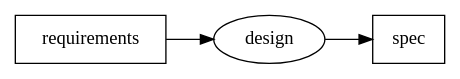
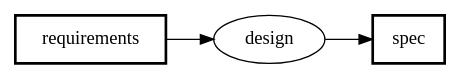
One commit to takasek/pfdsl changed the first of 9 diagrams in docs/samples/README.md. Above: the diagram before and after it, drawn with Graphviz. The commit also changed other lines of this file and 20 other files, not shown here.

````diff
--- a/docs/samples/README.md
+++ b/docs/samples/README.md
@@ -18,13 +18,13 @@
 ```dot
 digraph PFDSL {
   rankdir=LR;
   newrank=true;
 
   "design" [shape=ellipse, label="design"];
-  "requirements" [shape=box, label="requirements"];
-  "spec" [shape=box, label="spec"];
+  "requirements" [shape=box, label="requirements", penwidth="2"];
+  "spec" [shape=box, label="spec", penwidth="2"];
 
   "requirements" -> "design";
   "design" -> "spec";
 }
 ```
````
